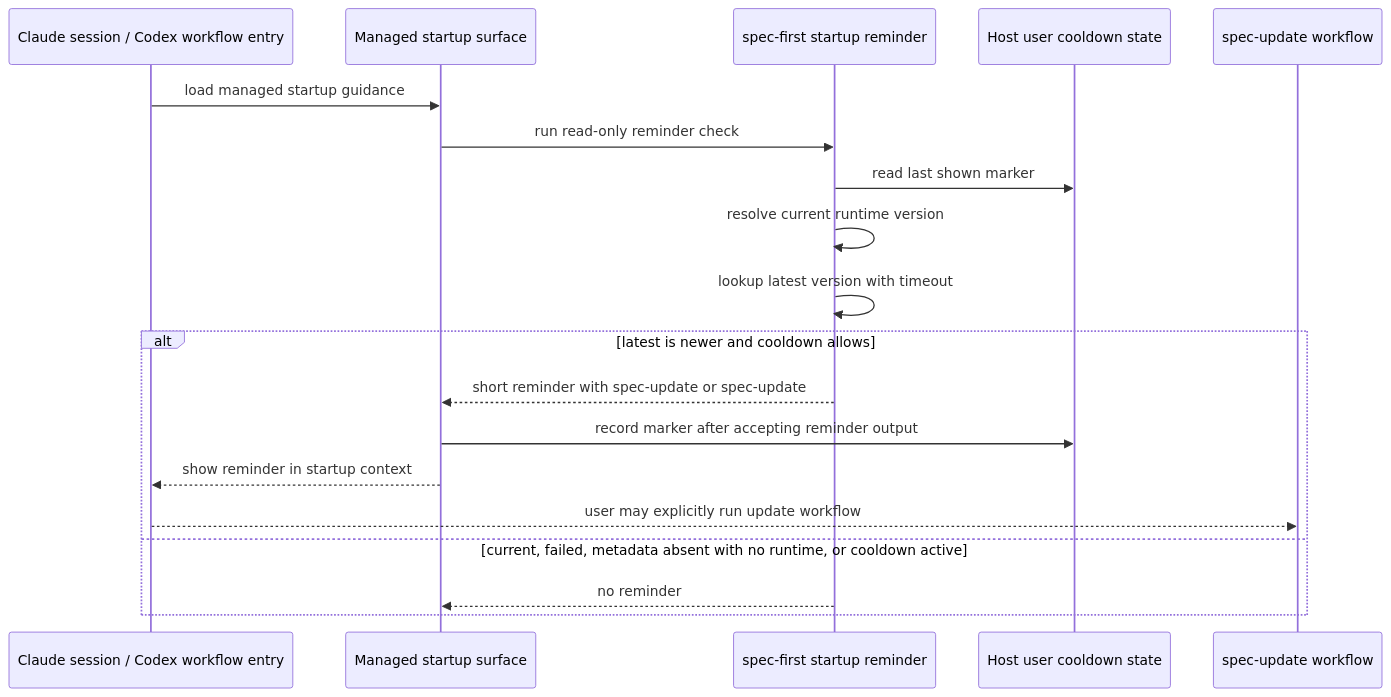
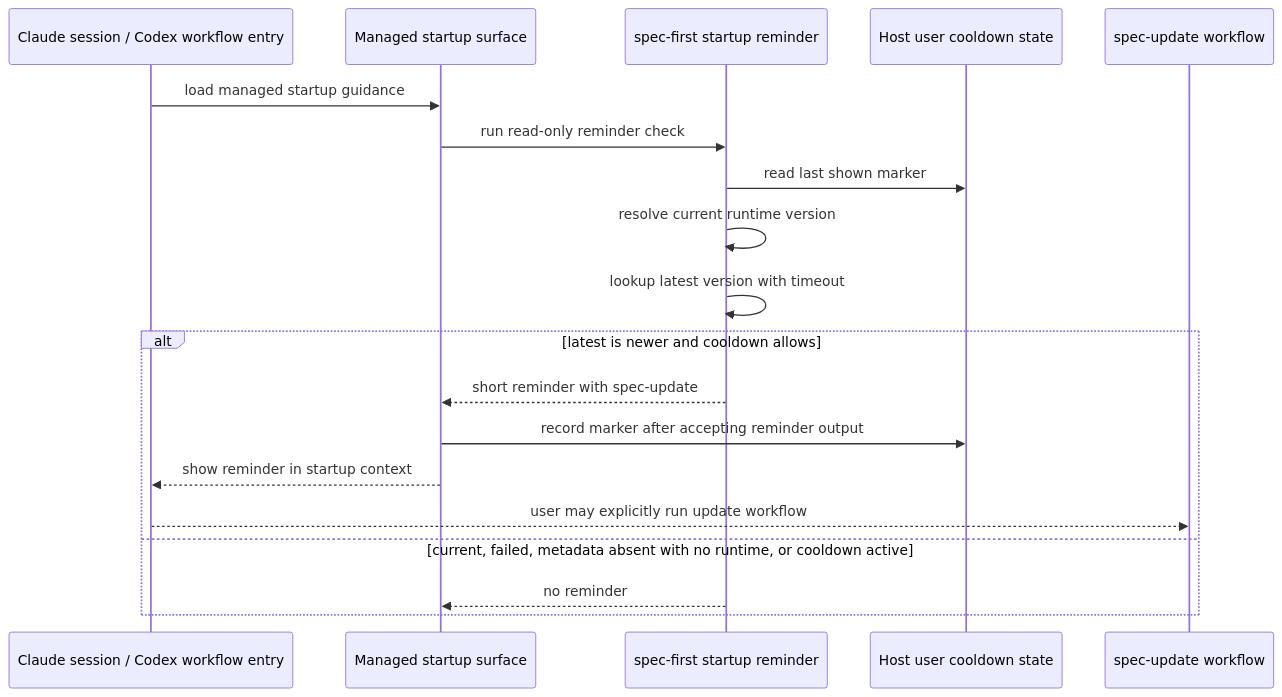
One commit to leo-kuang-ai/spec-first changed the diagram in docs/plans/2026-04-29-001-feat-startup-version-reminder-plan.md. Above: the diagram before and after it, drawn with Mermaid. The commit also changed other lines of this file and 106 other files, not shown here.

````diff
--- a/docs/plans/2026-04-29-001-feat-startup-version-reminder-plan.md
+++ b/docs/plans/2026-04-29-001-feat-startup-version-reminder-plan.md
@@ -148,22 +148,22 @@
 ```mermaid
 sequenceDiagram
   participant Host as Claude session / Codex workflow entry
   participant Surface as Managed startup surface
   participant CLI as spec-first startup reminder
   participant Cache as Host user cooldown state
   participant Update as spec-update workflow
 
   Host->>Surface: load managed startup guidance
   Surface->>CLI: run read-only reminder check
   CLI->>Cache: read last shown marker
   CLI->>CLI: resolve current runtime version
   CLI->>CLI: lookup latest version with timeout
   alt latest is newer and cooldown allows
-    CLI-->>Surface: short reminder with spec-update or spec-update
+    CLI-->>Surface: short reminder with spec-update
     Surface->>Cache: record marker after accepting reminder output
     Surface-->>Host: show reminder in startup context
     Host-->>Update: user may explicitly run update workflow
   else current, failed, metadata absent with no runtime, or cooldown active
     CLI-->>Surface: no reminder
   end
 ```
````
